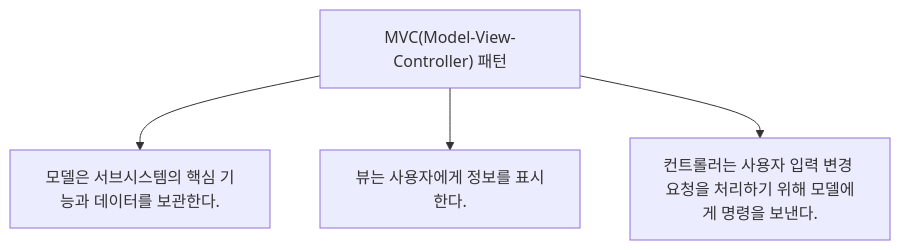
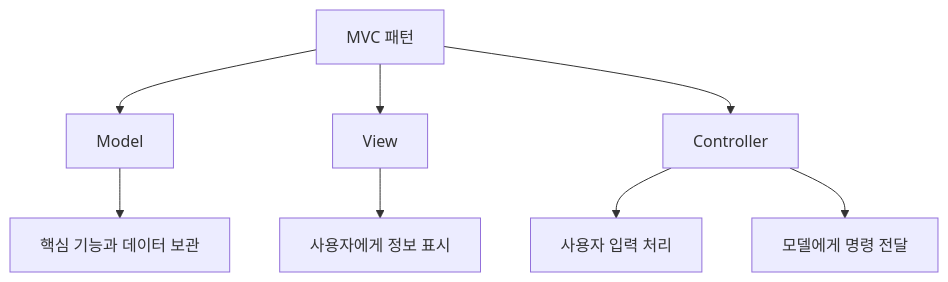
The first of 13 diagrams in 정보처리기사/1과목 소프트웨어 설계/030 MVC(Model-View-Controller) 패턴/030 MVC(Model-View-Controller) 패턴.md (nes0903/study), drawn with Mermaid before and after one commit. The commit also changed other lines of this file and 318 other files, not shown here.

````diff
--- a/정보처리기사/1과목 소프트웨어 설계/030 MVC(Model-View-Controller) 패턴/030 MVC(Model-View-Controller) 패턴.md
+++ b/정보처리기사/1과목 소프트웨어 설계/030 MVC(Model-View-Controller) 패턴/030 MVC(Model-View-Controller) 패턴.md
@@ -13,7 +18,11 @@
 ```mermaid
 flowchart TD
-    A["MVC(Model-View-Controller) 패턴"]
-    A --> N1["모델은 서브시스템의 핵심 기능과 데이터를 보관한다."]
-    A --> N2["뷰는 사용자에게 정보를 표시한다."]
-    A --> N3["컨트롤러는 사용자 입력 변경 요청을 처리하기 위해 모델에게 명령을 보낸다."]
+    A["MVC 패턴"]
+    A --> M["Model"]
+    A --> V["View"]
+    A --> C["Controller"]
+    M --> M1["핵심 기능과 데이터 보관"]
+    V --> V1["사용자에게 정보 표시"]
+    C --> C1["사용자 입력 처리"]
+    C --> C2["모델에게 명령 전달"]
 ```
````
